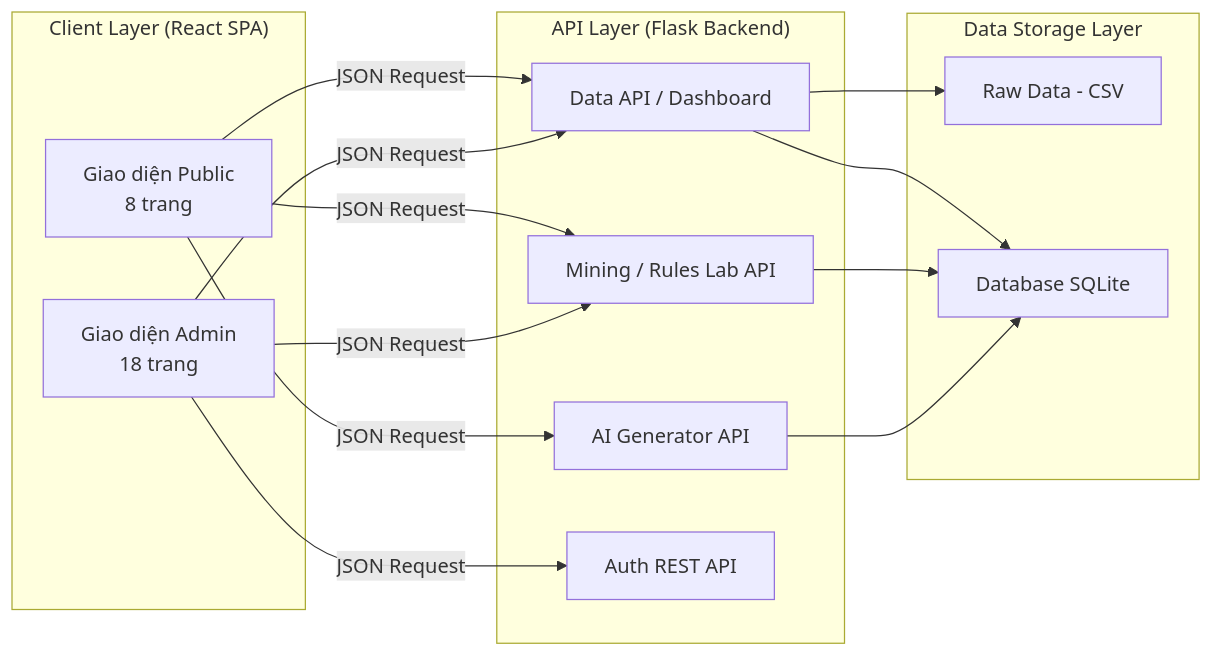
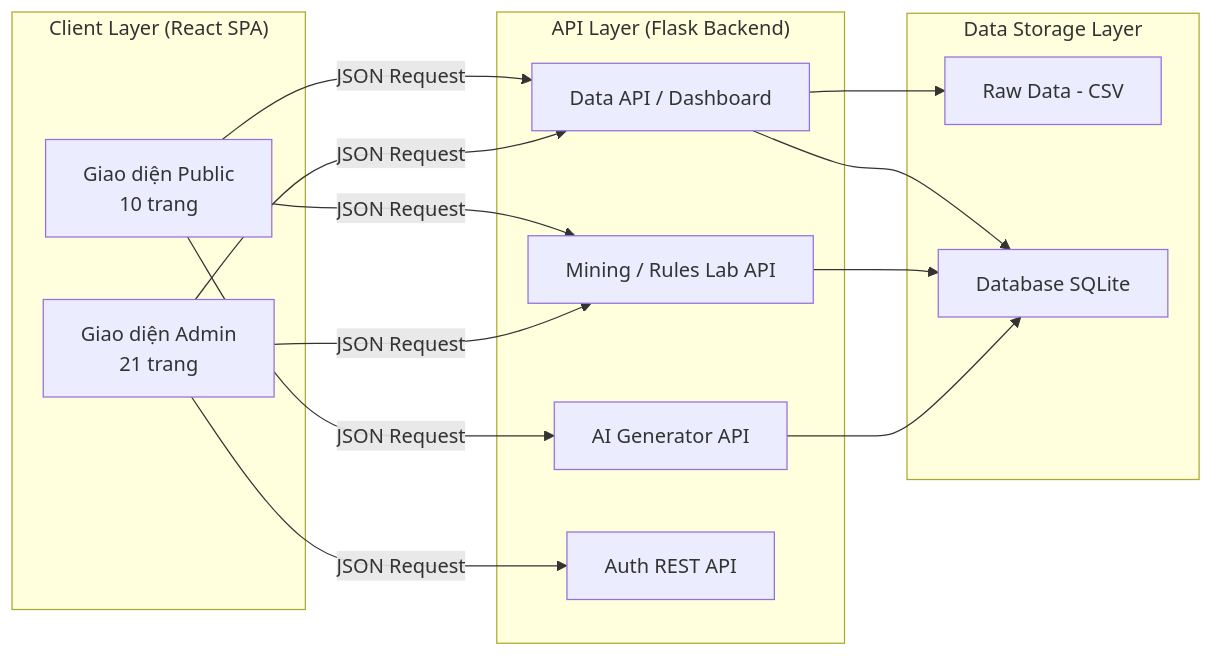
Before and after one commit to Kandesfx/TravelMind: the third of 3 diagrams in README.md, drawn with Mermaid. The commit also changed other lines of this file and 26 other files, not shown here.

````diff
--- a/README.md
+++ b/README.md
@@ -165,30 +161,30 @@
 ```mermaid
 graph LR
     subgraph "Client Layer (React SPA)"
-        P1[Giao diện Public<br>8 trang]
-        P2[Giao diện Admin<br>18 trang]
+        P1[Giao diện Public<br>10 trang]
+        P2[Giao diện Admin<br>21 trang]
     end
 
     subgraph "API Layer (Flask Backend)"
         B1[Data API / Dashboard]
         B2[Mining / Rules Lab API]
         B3[AI Generator API]
         B4[Auth REST API]
     end
 
     subgraph "Data Storage Layer"
         D1[Raw Data - CSV]
         D2[Database SQLite]
     end
 
     P1 -->|JSON Request| B1
     P1 -->|JSON Request| B2
     P1 -->|JSON Request| B3
     P2 -->|JSON Request| B1
     P2 -->|JSON Request| B2
     P2 -->|JSON Request| B4
     B1 --> D1
     B1 --> D2
     B2 --> D2
     B3 --> D2
 ```
````
